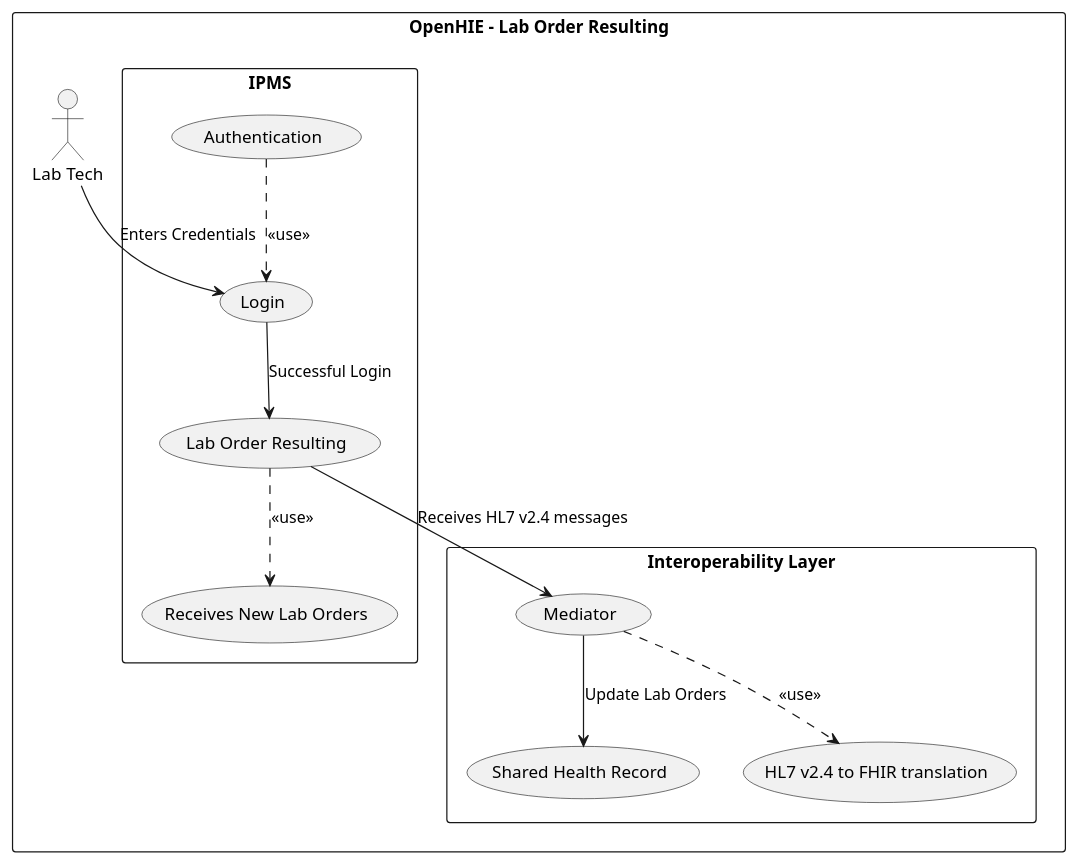
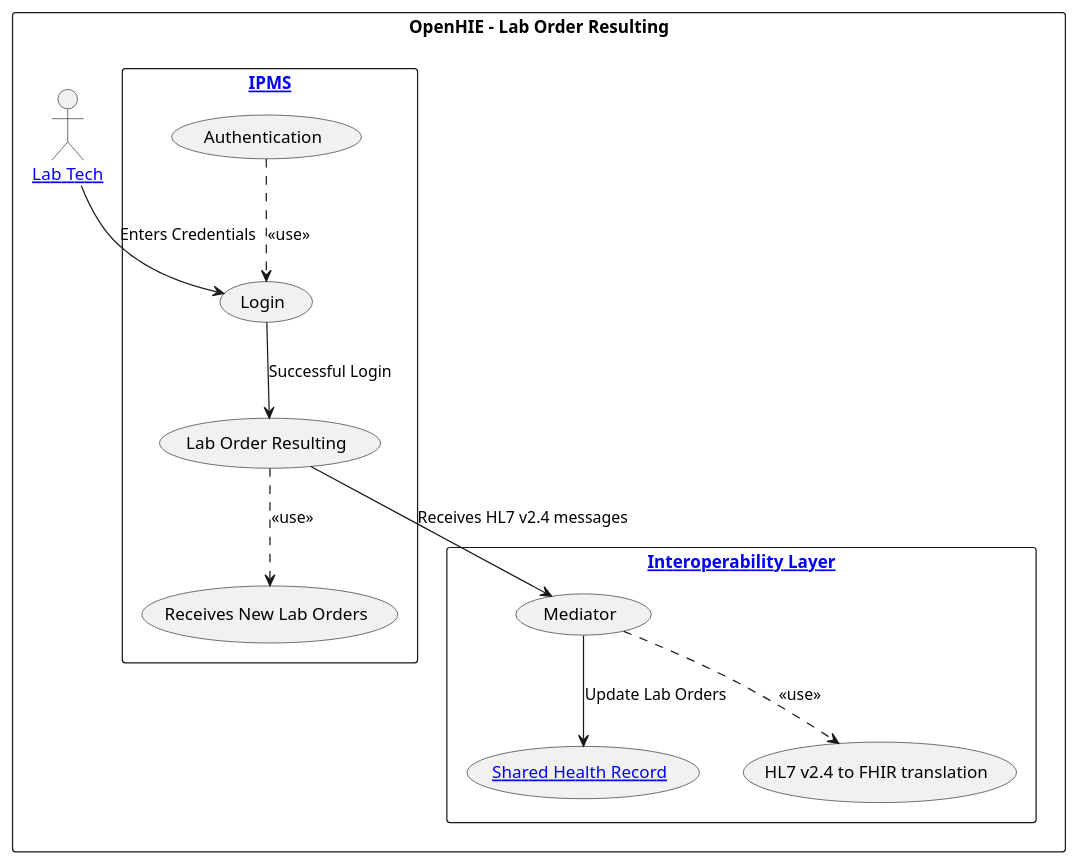
One commit to jembi/botswana-hie-fhir-ig changed the diagram in input/images-source/LabOrderResulting.plantuml. Above: the diagram before and after it, drawn with PlantUML. The commit also changed 6 other files, not shown here.

```diff
--- a/input/images-source/LabOrderResulting.plantuml
+++ b/input/images-source/LabOrderResulting.plantuml
@@ -1,31 +1,31 @@
 @startuml LabOrderResulting
 top to bottom direction
 rectangle "OpenHIE - Lab Order Resulting" as LabOrderResulting {
-  actor "Lab Tech" as labTech
-  rectangle IPMS {
+  actor "[[ActorDefinition-LaboratoryTechnicianActorDefinitionExample.html Lab Tech]]" as labTech
+  rectangle "[[ActorDefinition-IPMSActorDefinitionExample.html IPMS]]" as IPMS {
   usecase "Login" as LOR1
   usecase "Authentication" as LOR2
   usecase "Lab Order Resulting" as LOR3
   usecase "Receives New Lab Orders" as LOR4
   }
 
 labTech --> LOR1 : "Enters Credentials"
 
 (LOR2) ..> (LOR1) : "<<use>>"
 (LOR3) ..> (LOR4) : "<<use>>"
 
 LOR1 --> LOR3 : "Successful Login"
 
-  rectangle "Interoperability Layer" {
+  rectangle "[[ActorDefinition-InteroperabilityLayerActorDefinitionExample.html Interoperability Layer]]" as InteroperabilityLayer {
   usecase "Mediator" as IL1
-  usecase "Shared Health Record" as IL2
+  usecase "[[ActorDefinition-SHRActorDefinitionExample.html Shared Health Record]]" as IL2
   usecase "HL7 v2.4 to FHIR translation" as IL3
   }
   LOR3 --> IL1 : "Receives HL7 v2.4 messages"
 
   IL1 --> IL2 : "Update Lab Orders"
 
   (IL1) ..> (IL3) : "<<use>>"
 }
 
 @enduml
```
